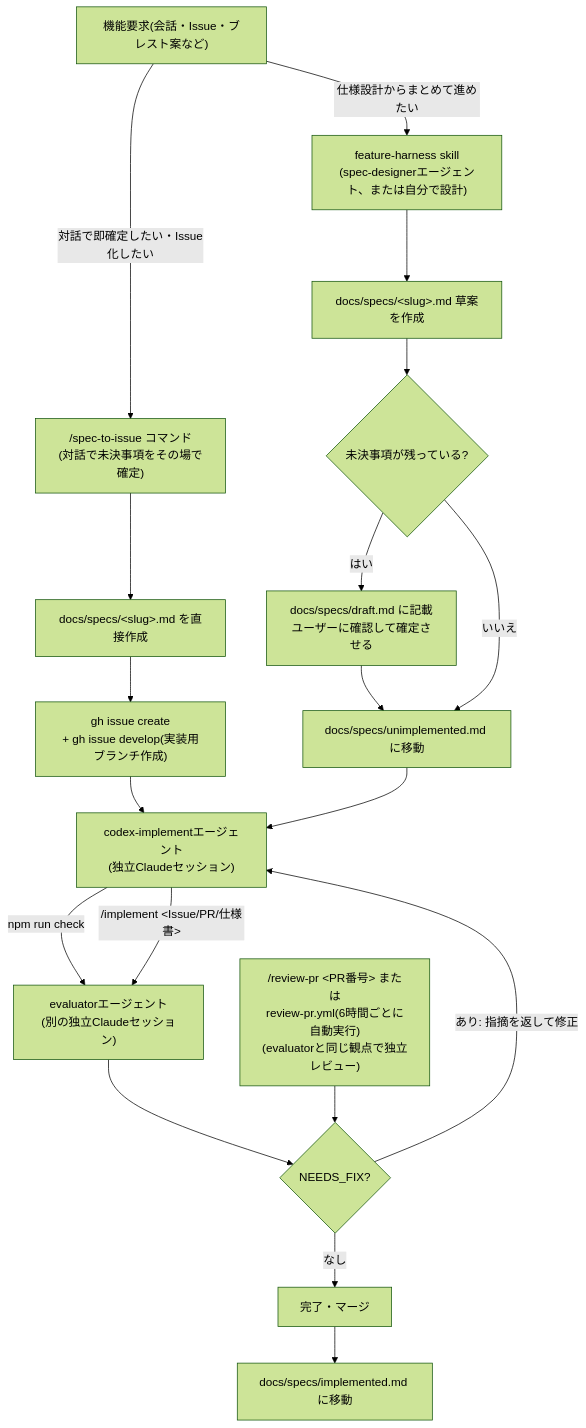
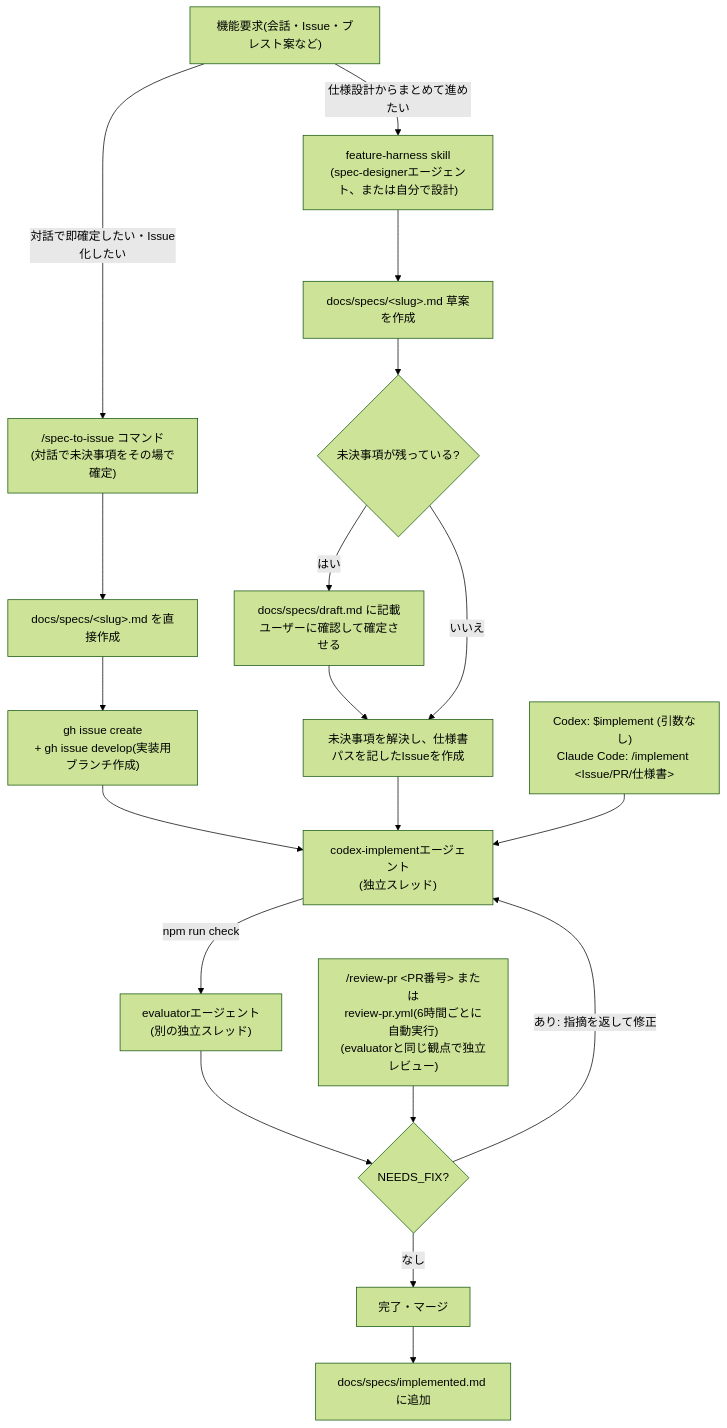
Before and after one commit to djpmj/refactor-blocks: the first of 2 diagrams in docs/DEVELOPMENT.md, drawn with Mermaid (forest theme). The commit also changed other lines of this file and 12 other files, not shown here.

````diff
--- a/docs/DEVELOPMENT.md
+++ b/docs/DEVELOPMENT.md
@@ -9,30 +9,30 @@
 ```mermaid
 flowchart TD
     Req["機能要求(会話・Issue・ブレスト案など)"]
 
     Req -->|"対話で即確定したい・Issue化したい"| SpecToIssue["/spec-to-issue コマンド<br/>(対話で未決事項をその場で確定)"]
     SpecToIssue --> SpecFileDirect["docs/specs/&lt;slug&gt;.md を直接作成"]
     SpecFileDirect --> GhIssue["gh issue create<br/>+ gh issue develop(実装用ブランチ作成)"]
 
     Req -->|"仕様設計からまとめて進めたい"| Harness["feature-harness skill<br/>(spec-designerエージェント、または自分で設計)"]
     Harness --> DraftSpec["docs/specs/&lt;slug&gt;.md 草案を作成"]
     DraftSpec --> Undecided{"未決事項が残っている?"}
     Undecided -->|"はい"| DraftList["docs/specs/draft.md に記載<br/>ユーザーに確認して確定させる"]
-    DraftList --> UnimplList["docs/specs/unimplemented.md に移動"]
-    Undecided -->|"いいえ"| UnimplList
+    DraftList --> ReadyIssue["未決事項を解決し、仕様書パスを記したIssueを作成"]
+    Undecided -->|"いいえ"| ReadyIssue
 
     GhIssue --> Impl
-    UnimplList --> Impl
+    ReadyIssue --> Impl
 
-    Impl["codex-implementエージェント<br/>(独立Claudeセッション)"]
-    Impl -->|"npm run check"| ReviewInline["evaluatorエージェント<br/>(別の独立Claudeセッション)"]
-    Impl -->|"/implement &lt;Issue/PR/仕様書&gt;"| ReviewInline
+    Entry["Codex: $implement (引数なし)<br/>Claude Code: /implement &lt;Issue/PR/仕様書&gt;"] --> Impl
+    Impl["codex-implementエージェント<br/>(独立スレッド)"]
+    Impl -->|"npm run check"| ReviewInline["evaluatorエージェント<br/>(別の独立スレッド)"]
     ReviewPr["/review-pr &lt;PR番号&gt; または<br/>review-pr.yml(6時間ごとに自動実行)<br/>(evaluatorと同じ観点で独立レビュー)"]
 
     ReviewInline --> Blocker{"NEEDS_FIX?"}
     ReviewPr --> Blocker
     Blocker -->|"あり: 指摘を返して修正"| Impl
     Blocker -->|"なし"| Merge["完了・マージ"]
 
-    Merge --> ImplList["docs/specs/implemented.md に移動"]
+    Merge --> ImplList["docs/specs/implemented.md に追加"]
 ```
````
